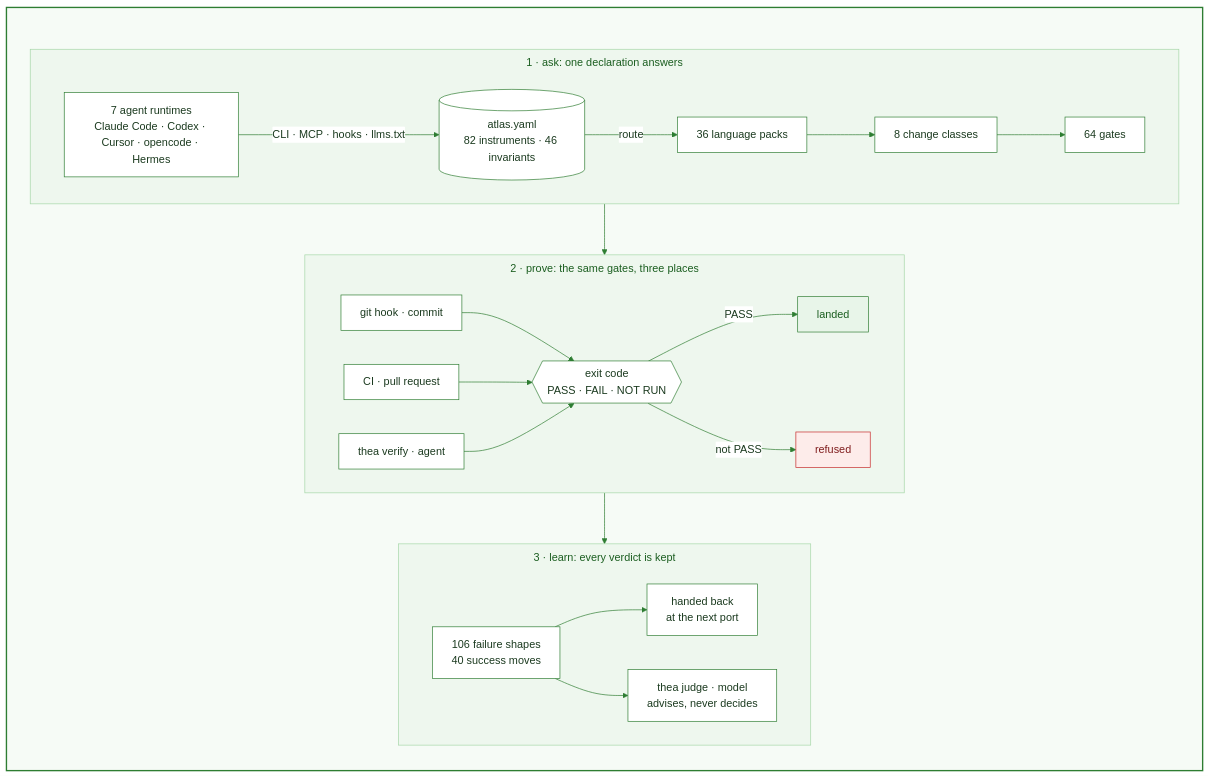
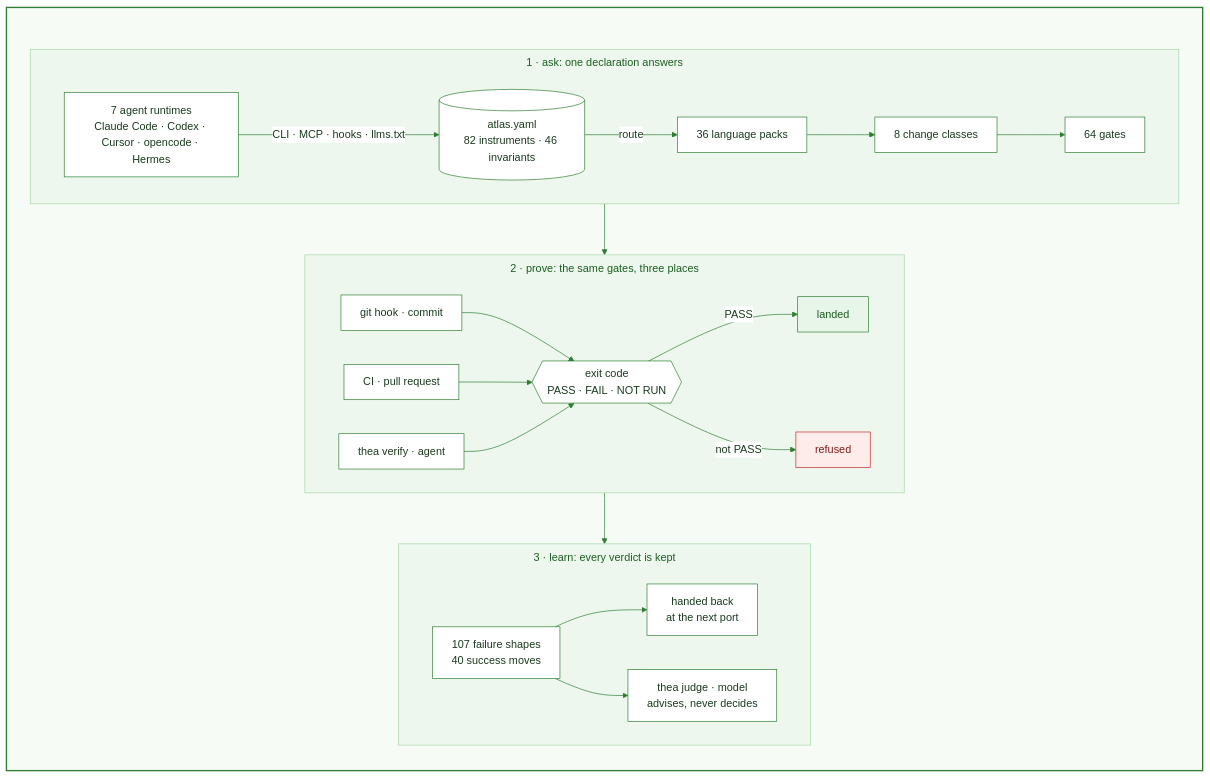
The diagram in README.md (HLIntel/Headron), drawn with Mermaid before and after one commit. The commit also changed 7 other files, not shown here.

````diff
--- a/README.md
+++ b/README.md
@@ -39,45 +39,45 @@
 ```mermaid
 ---
 config:
   theme: base
   themeVariables:
     primaryColor: "#ffffff"
     primaryBorderColor: "#2e7d32"
     primaryTextColor: "#1b3a1f"
     lineColor: "#2e7d32"
     clusterBkg: "#eef7ee"
     clusterBorder: "#a5d6a7"
     titleColor: "#1b5e20"
   flowchart:
     subGraphTitleMargin: {top: 8, bottom: 16}
     padding: 14
 ---
 flowchart TB
   accTitle: How Thea proves a change
   accDescr: 7 runtimes ask, atlas.yaml routes to 1 of 36 packs and 64 gates, the same gates run at commit, in CI and in thea verify, anything but PASS is refused, verdicts feed the failure and success ledgers, a trained judge only advises
   subgraph thea [" "]
     direction TB
     subgraph ask [1 · ask: one declaration answers]
       direction LR
       A[7 agent runtimes<br>Claude Code · Codex · Cursor · opencode · Hermes] -->|CLI · MCP · hooks · llms.txt| D[(atlas.yaml<br>82 instruments · 46 invariants)]
       D -->|route| P[36 language packs] --> K[8 change classes] --> G[64 gates]
     end
     subgraph run [2 · prove: the same gates, three places]
       direction LR
       H[git hook · commit] & C[CI · pull request] & R[thea verify · agent] --> V{{exit code<br>PASS · FAIL · NOT RUN}}
       V -->|PASS| M[landed]
       V -->|not PASS| X[refused]
     end
     subgraph learn [3 · learn: every verdict is kept]
       direction LR
-      F[106 failure shapes<br>40 success moves] --> N[handed back<br>at the next port]
+      F[107 failure shapes<br>40 success moves] --> N[handed back<br>at the next port]
       F --> J[thea judge · model<br>advises, never decides]
     end
     ask --> run --> learn
   end
   style thea fill:#f6fbf6,stroke:#2e7d32,stroke-width:2px
   classDef stop fill:#fdecea,stroke:#c62828,color:#7f1d1d
   classDef go fill:#e8f5e9,stroke:#2e7d32,color:#1b5e20
   class X stop
   class M go
 ```
````
